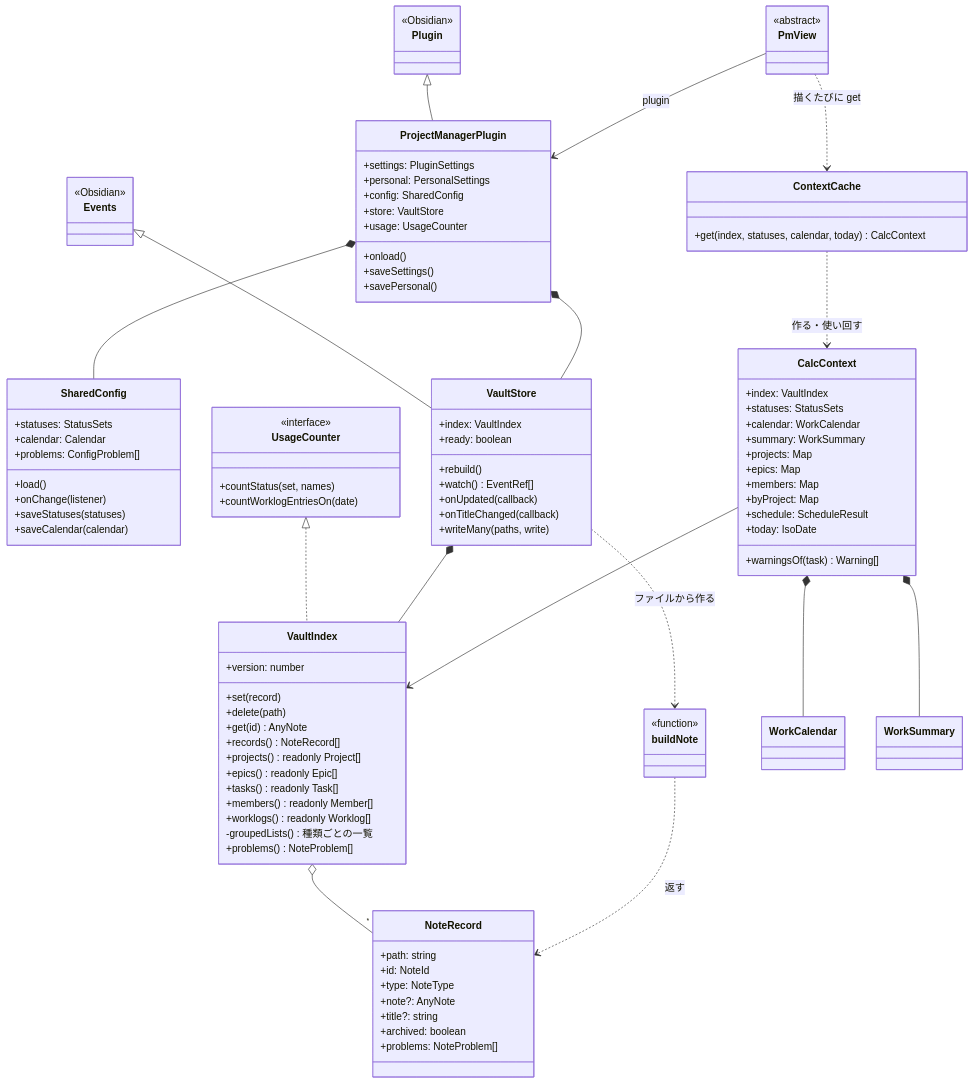
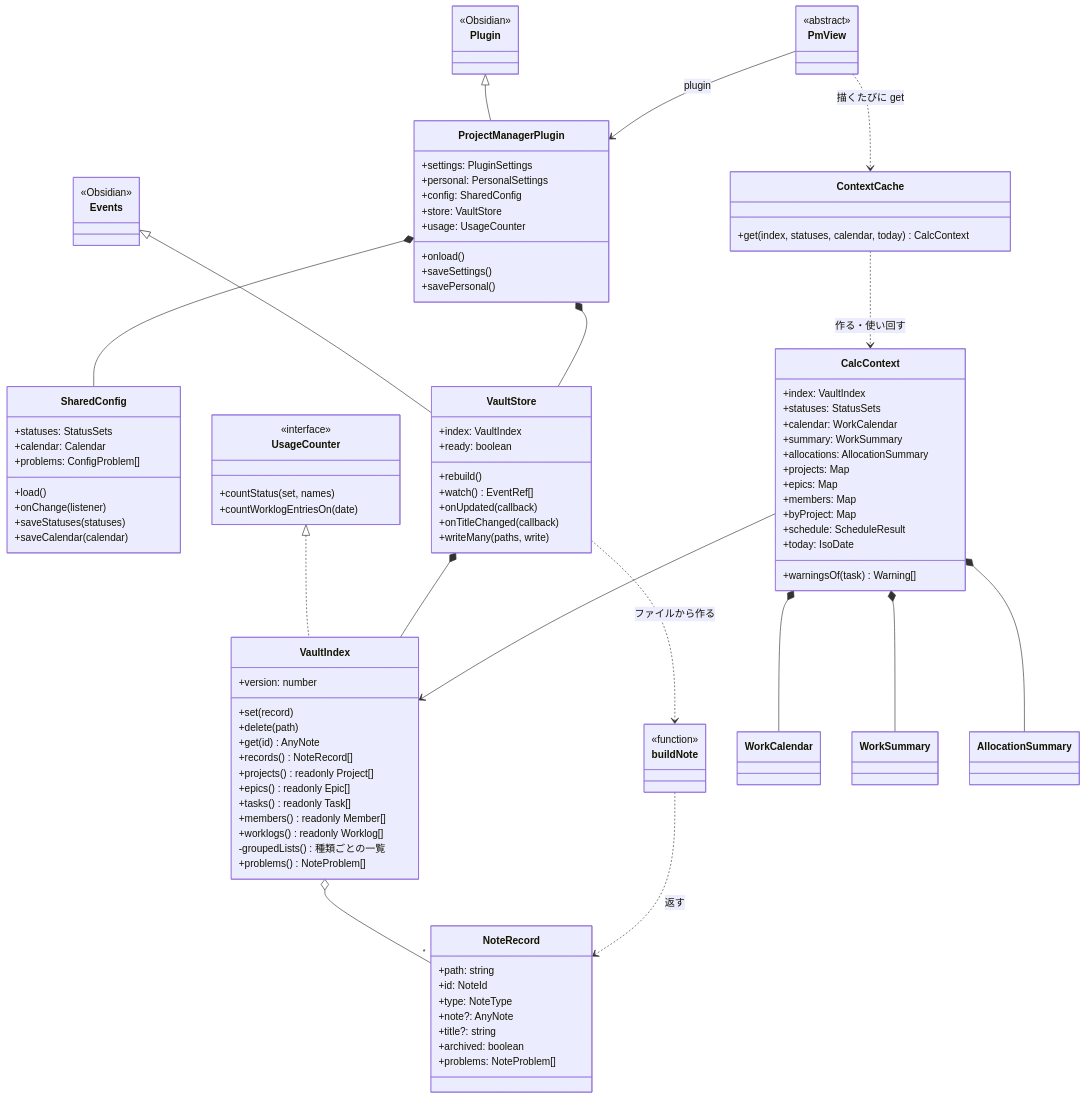
The first of 7 diagrams in docs/DIAGRAMS.md (2JO-code/2JO-dev-obsidian-pm-plugin), drawn with Mermaid before and after one commit. The commit also changed other lines of this file and 56 other files, not shown here.

````diff
--- a/docs/DIAGRAMS.md
+++ b/docs/DIAGRAMS.md
@@ -95,6 +95,7 @@
 		+statuses: StatusSets
 		+calendar: WorkCalendar
 		+summary: WorkSummary
+		+allocations: AllocationSummary
 		+projects: Map
 		+epics: Map
 		+members: Map
@@ -119,4 +120,5 @@
 	CalcContext --> VaultIndex
 	CalcContext *-- WorkCalendar
 	CalcContext *-- WorkSummary
+	CalcContext *-- AllocationSummary
 ```
````
